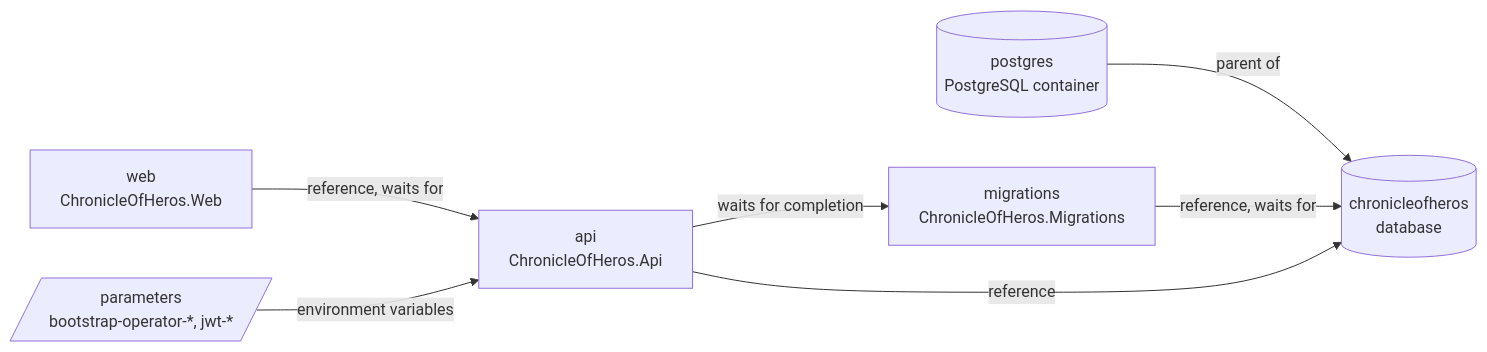
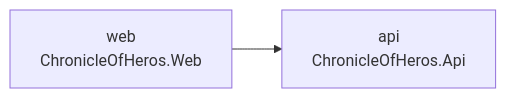
One commit to FlorianAlbert/ChronicleOfHeros changed the diagram in docs/architecture/system/deployment.md. Above: the diagram before and after it, drawn with Mermaid. The commit also changed other lines of this file and 84 other files, not shown here.

````diff
--- a/docs/architecture/system/deployment.md
+++ b/docs/architecture/system/deployment.md
@@ -9,15 +9,6 @@
 ```mermaid
 flowchart LR
-    postgres[("postgres<br/>PostgreSQL container")]
-    database[("chronicleofheros<br/>database")]
-    migrations["migrations<br/>ChronicleOfHeros.Migrations"]
     api["api<br/>ChronicleOfHeros.Api"]
     web["web<br/>ChronicleOfHeros.Web"]
-    params[/"parameters<br/>bootstrap-operator-*, jwt-*"/]
-    postgres -->|"parent of"| database
-    migrations -->|"reference, waits for"| database
-    api -->|"reference"| database
-    api -->|"waits for completion"| migrations
-    web -->|"reference, waits for"| api
-    params -->|"environment variables"| api
+    web --> api
 ```
````
